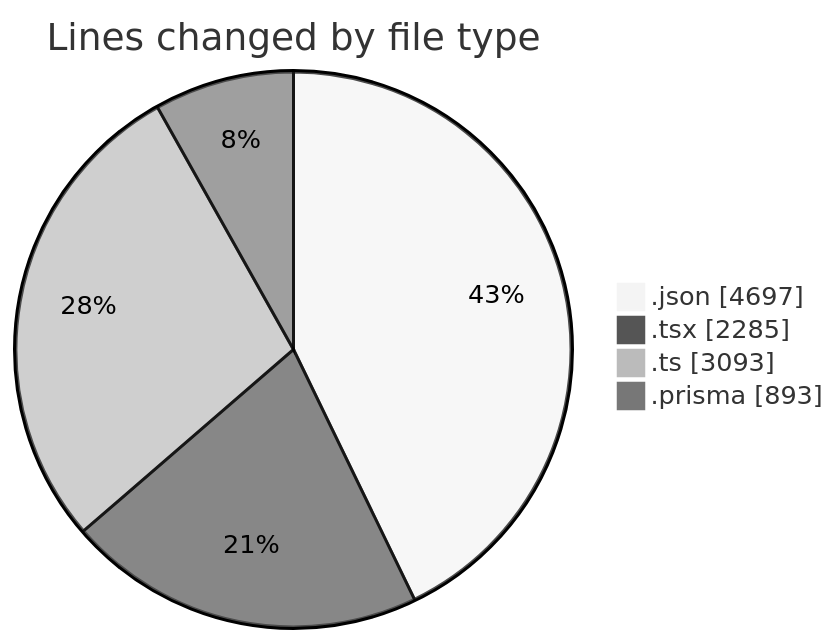
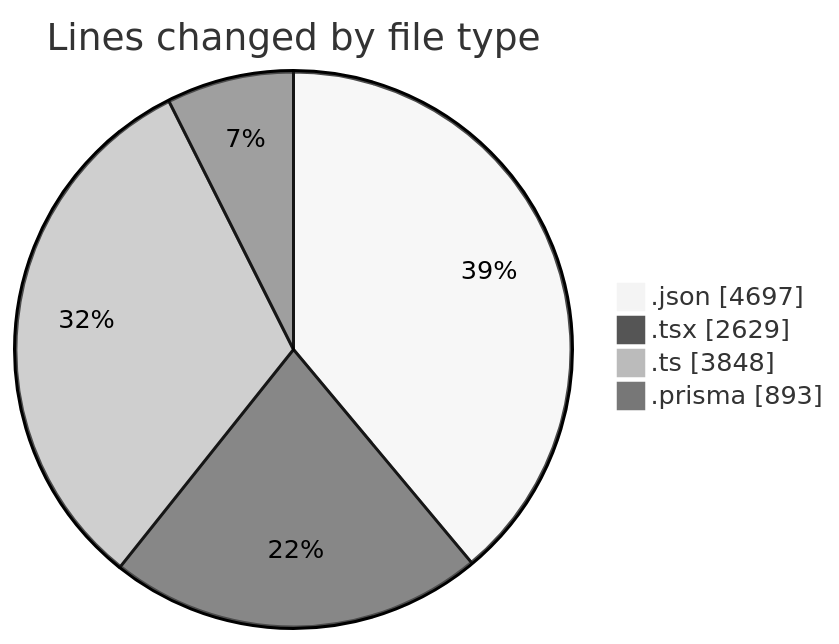
One commit to CELIANVF/code-tracking changed the first of 2 diagrams in 2025-05-05/ecodeli/README.md. Above: the diagram before and after it, drawn with Mermaid (neutral theme). The commit also changed other lines of this file and 1 other file, not shown here.

````diff
--- a/2025-05-05/ecodeli/README.md
+++ b/2025-05-05/ecodeli/README.md
@@ -43,8 +45,8 @@
 ```mermaid
 pie showData
 title Lines changed by file type
 ".json" : 4697
-".tsx" : 2285
-".ts" : 3093
+".tsx" : 2629
+".ts" : 3848
 ".prisma" : 893
 ```
````
